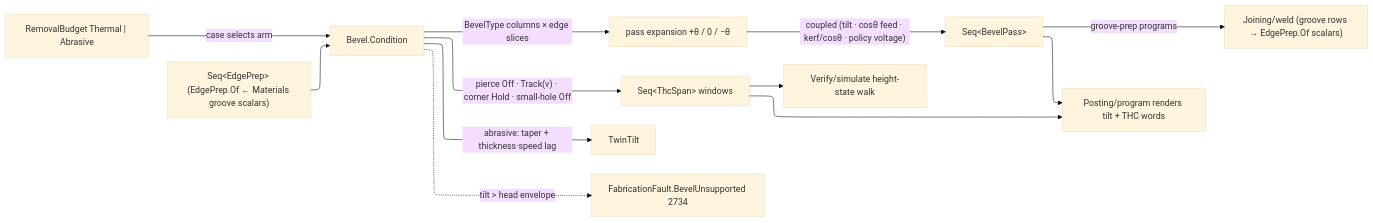
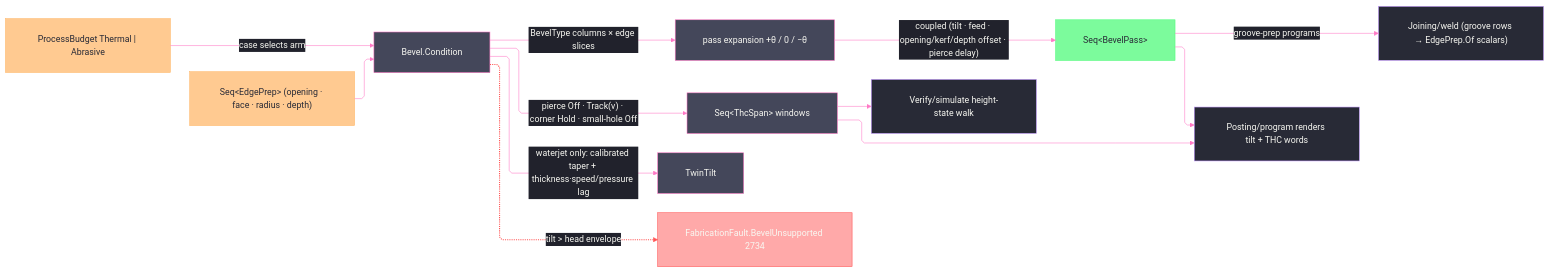
Before and after one commit to bsamiee/Rasm: the diagram in libs/csharp/Rasm.Fabrication/.planning/Toolpath/bevel.md, drawn with Mermaid. The commit also changed other lines of this file and 128 other files, not shown here.

````diff
--- a/libs/csharp/Rasm.Fabrication/.planning/Toolpath/bevel.md
+++ b/libs/csharp/Rasm.Fabrication/.planning/Toolpath/bevel.md
@@ -181,19 +373,51 @@
 ```mermaid
 ---
 config:
+  theme: base
+  look: classic
   layout: elk
-  theme: base
+  flowchart:
+    curve: linear
+    padding: 25
+  themeVariables:
+    darkMode: true
+    fontFamily: "SF Mono, Menlo, Cascadia Mono, Segoe UI Mono, Consolas, monospace"
+    useGradient: false
+    dropShadow: "none"
+    background: "#282A36"
+    primaryColor: "#44475A"
+    primaryTextColor: "#F8F8F2"
+    primaryBorderColor: "#BD93F9"
+    lineColor: "#FF79C6"
+    textColor: "#F8F8F2"
+    edgeLabelBackground: "#21222C"
+    labelBackgroundColor: "#21222C"
+  themeCSS: ".nodeLabel{font-size:13px;font-weight:500}.edgeLabel{font-size:12px;font-weight:500}.cluster-label .nodeLabel{font-size:13.5px;font-weight:700;letter-spacing:.08em}.edge-thickness-normal{stroke-width:2px}.edge-thickness-thick{stroke-width:3px}.edge-pattern-dashed,.edge-pattern-dotted{stroke-width:1.5px;stroke-dasharray:4 6}.node rect,.node circle,.node polygon,.node path,.node .outer-path{stroke-width:1.5px;filter:none!important}.cluster rect{stroke-width:1px!important;stroke-dasharray:5 4!important;filter:none!important}.marker path{transform:scale(.8);transform-origin:5px 5px}.marker circle{transform:scale(.48);transform-origin:5px 5px}.edgeLabel rect{transform-box:fill-box;transform-origin:center;transform:scale(1.1,1.2)}"
 ---
 flowchart LR
-    Prep["Seq&lt;EdgePrep&gt; (EdgePrep.Of ← Materials groove scalars)"] --> Condition["Bevel.Condition"]
-    Budget["RemovalBudget Thermal | Abrasive"] -->|case selects arm| Condition
+    accTitle: Bevel and height-control conditioning
+    accDescr: Bevel.Condition expands edge preparations into offset beam blocks with tool axes and height directives.
+    Prep["Seq&lt;EdgePrep&gt; (opening · face · radius · depth)"] --> Condition["Bevel.Condition"]
+    Budget["ProcessBudget Thermal | Abrasive"] -->|case selects arm| Condition
     Condition -->|"BevelType columns × edge slices"| Expand["pass expansion +θ / 0 / −θ"]
-    Expand -->|"coupled (tilt · cosθ feed · kerf/cosθ · policy voltage)"| Passes["Seq&lt;BevelPass&gt;"]
+    Expand -->|"coupled (tilt · feed · opening/kerf/depth offset · pierce delay)"| Passes["Seq&lt;BevelPass&gt;"]
     Condition -->|"pierce Off · Track(v) · corner Hold · small-hole Off"| Thc["Seq&lt;ThcSpan&gt; windows"]
-    Condition -->|"abrasive: taper + thickness·speed lag"| Twin["TwinTilt"]
-    Condition -.->|tilt > head envelope| Fault["FabricationFault.BevelUnsupported 2734"]
+    Condition -->|"waterjet only: calibrated taper + thickness·speed/pressure lag"| Twin["TwinTilt"]
+    Fault["FabricationFault.BevelUnsupported 2734"]
+    Condition -.->|tilt > head envelope| Fault
     Passes --> Post["Posting/program renders tilt + THC words"]
     Thc --> Post
     Thc --> Sim["Verify/simulate height-state walk"]
     Passes -->|groove-prep programs| Weld["Joining/weld (groove rows → EdgePrep.Of scalars)"]
+    class Prep,Budget data
+    class Condition,Expand,Thc,Twin primary
+    class Passes success
+    class Post,Sim,Weld boundary
+    class Fault error
+    classDef primary fill:#44475A,stroke:#FF79C6,color:#F8F8F2
+    classDef success fill:#50FA7BBF,stroke:#50FA7B,color:#282A36
+    classDef data fill:#FFB86CBF,stroke:#FFB86C,color:#282A36
+    classDef boundary fill:#282A36,stroke:#BD93F9,color:#F8F8F2
+    classDef error fill:#FF555580,stroke:#FF5555,color:#F8F8F2
+    linkStyle 6 stroke:#FF5555,stroke-width:2px
 ```
````
